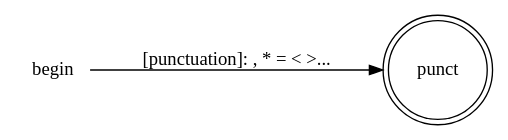
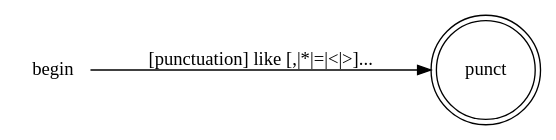
The first of 7 diagrams in src/parser/doc/lexer.org (cxrasdfg/sdb), drawn with Graphviz before and after one commit. The commit also changed other lines of this file and 7 other files, not shown here.

Commit message:
[finish] doc/lexer.org toatal FA graph

```diff
--- a/src/parser/doc/lexer.org
+++ b/src/parser/doc/lexer.org
@@ -5,10 +5,10 @@
     #+BEGIN_SRC dot :file ./punctuation_fa.png :exports results
     digraph finite_state_machine {
     rankdir=LR;
     node [shape = circle];
     begin [shape = none]
     punct [shape = doublecircle]
 
-    begin -> punct [ label = "[punctuation]: , * = < >..." ]
+    begin -> punct [ label = "[punctuation] like [,|*|=|<|>]..." ]
     }
     #+END_SRC
```
